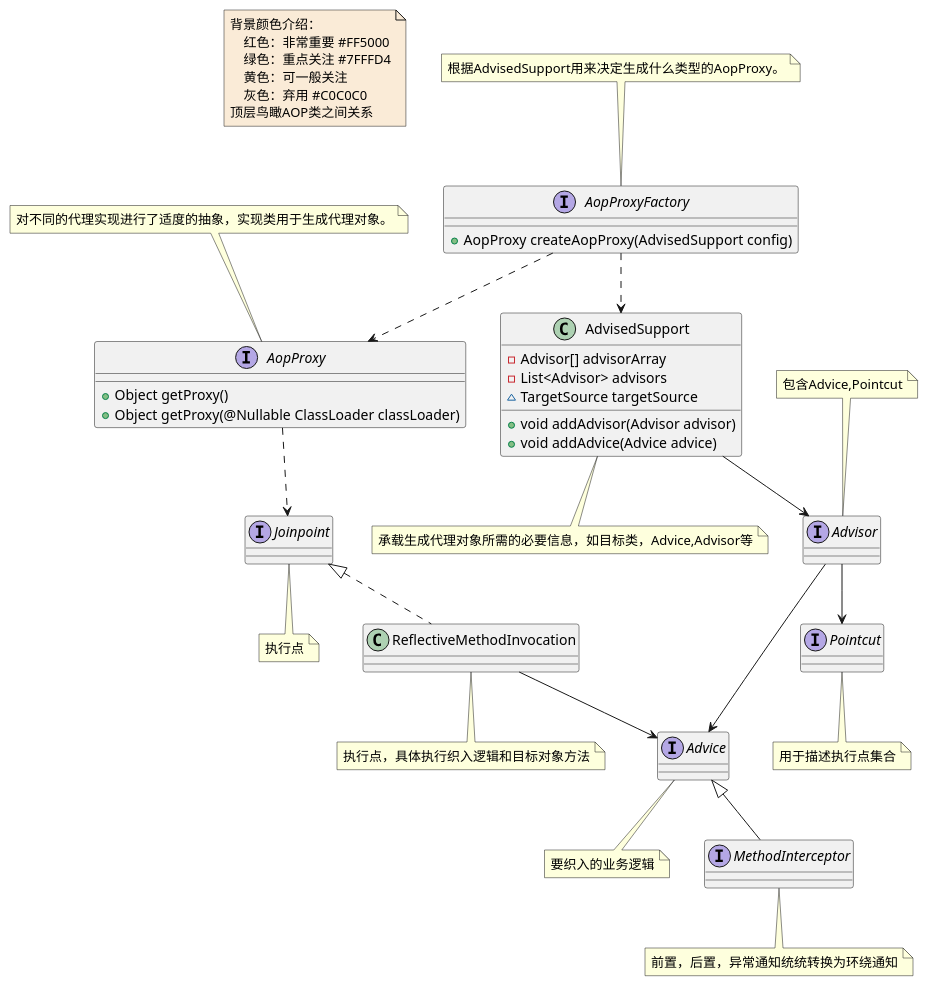
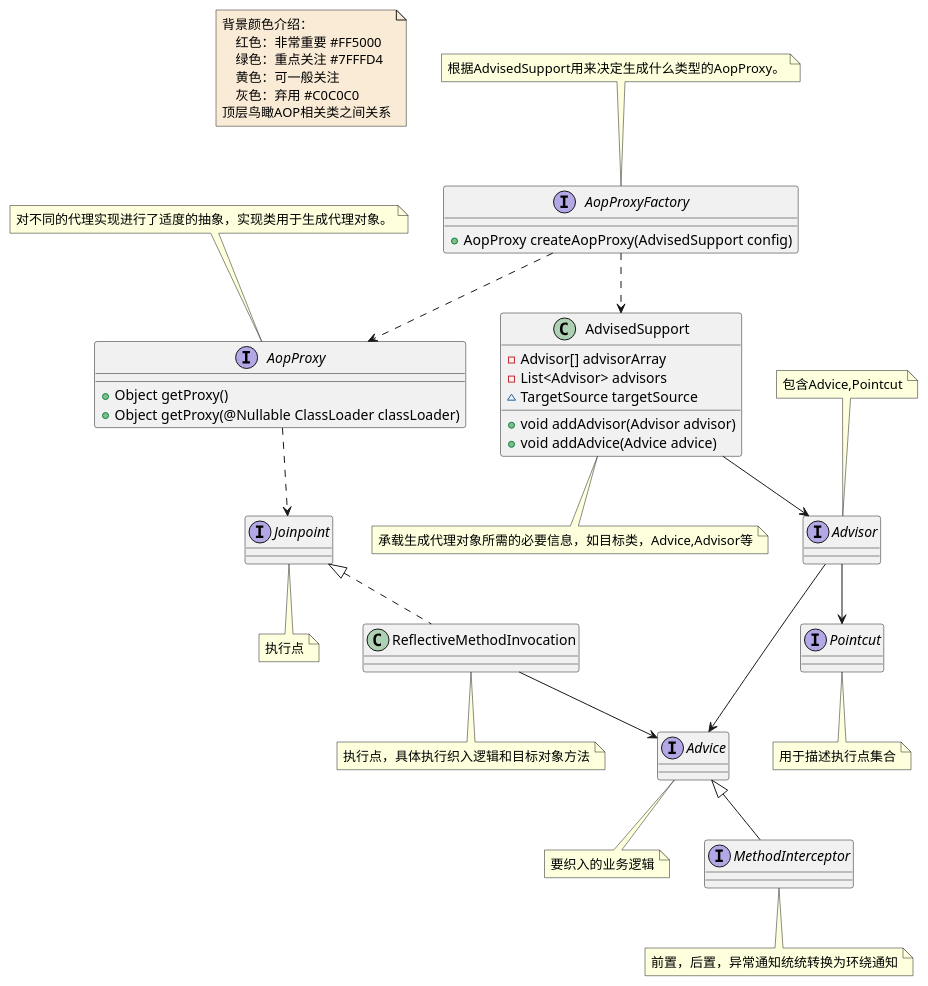
One commit to czwer/learn-spring-code changed the diagram in document/spring/base/class/Top-Aerial-View-AOP-class.puml. Above: the diagram before and after it, drawn with PlantUML. The commit also changed 27 other files, not shown here.

Commit message:
1.添加Bean属性绑定的时序图 2.整理了BeanPostProcessor类图 3.添加了Bean相关的类图 4.添加了Bean整个架构的类图关系

```diff
--- a/document/spring/base/class/Top-Aerial-View-AOP-class.puml
+++ b/document/spring/base/class/Top-Aerial-View-AOP-class.puml
@@ -1,66 +1,66 @@
 @startuml
 
 note  as N1 #FAEBD7
     背景颜色介绍：
         红色：非常重要 #FF5000
         绿色：重点关注 #7FFFD4
         黄色：可一般关注
         灰色：弃用 #C0C0C0
-    顶层鸟瞰AOP类之间关系
+    顶层鸟瞰AOP相关类之间关系
 end note
 
 interface Advice
 note bottom : 要织入的业务逻辑
 interface MethodInterceptor
 note bottom : 前置，后置，异常通知统统转换为环绕通知
 
 
 class AdvisedSupport
 AdvisedSupport : -Advisor[] advisorArray
 AdvisedSupport : -List<Advisor> advisors
 AdvisedSupport : ~TargetSource targetSource
 AdvisedSupport : +void addAdvisor(Advisor advisor)
 AdvisedSupport : +void addAdvice(Advice advice)
 note bottom : 承载生成代理对象所需的必要信息，如目标类，Advice,Advisor等
 
 interface Advisor
 note top : 包含Advice,Pointcut
 
 
 interface AopProxy
 AopProxy : +Object getProxy()
 AopProxy : +Object getProxy(@Nullable ClassLoader classLoader)
 note top : 对不同的代理实现进行了适度的抽象，实现类用于生成代理对象。
 
 
 interface AopProxyFactory
 AopProxyFactory : +AopProxy createAopProxy(AdvisedSupport config)
 note top : 根据AdvisedSupport用来决定生成什么类型的AopProxy。
 
 interface Joinpoint
 note bottom : 执行点
 class ReflectiveMethodInvocation
 note bottom : 执行点，具体执行织入逻辑和目标对象方法
 
 
 interface Pointcut
 note bottom : 用于描述执行点集合
 
 Advice <|-- MethodInterceptor
 
 AdvisedSupport --> Advisor
 
 Advisor --> Advice
 Advisor --> Pointcut
 
 
 AopProxy ..> Joinpoint
 
 AopProxyFactory ..> AopProxy
 AopProxyFactory ..> AdvisedSupport
 
 Joinpoint <|.. ReflectiveMethodInvocation
 
 ReflectiveMethodInvocation --> Advice
 
 @enduml
```
